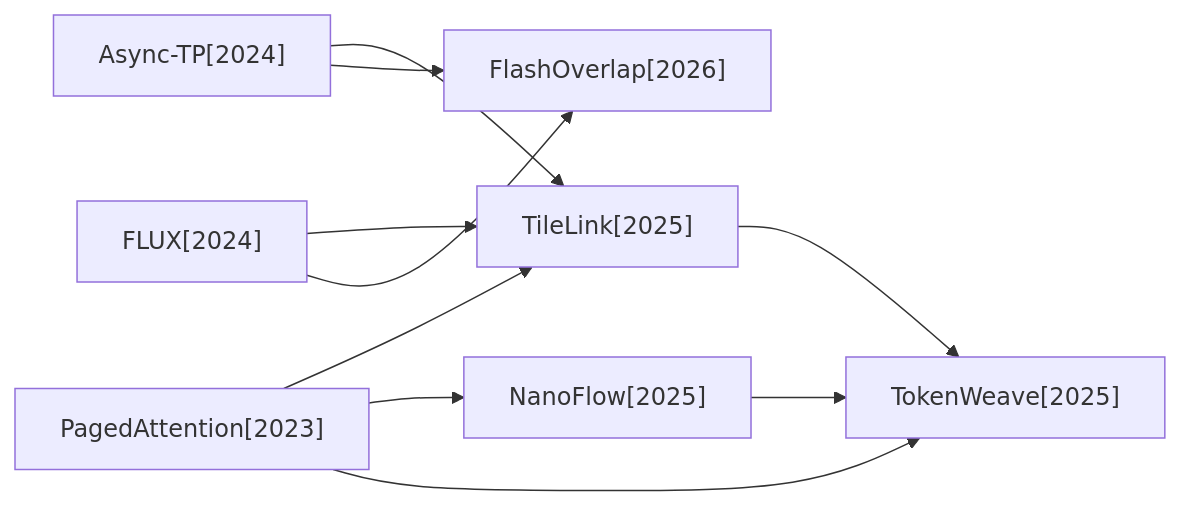
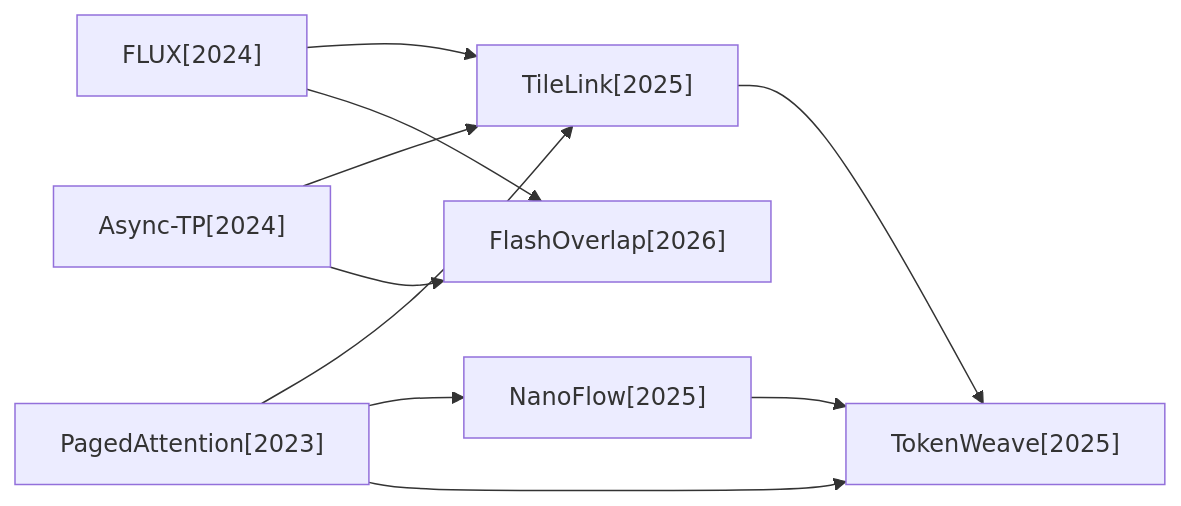
The first of 5 diagrams in docs/baseline_methods_graph.md (hustzxd/EfficientPaper), drawn with Mermaid before and after one commit. The commit also changed other lines of this file and 21 other files, not shown here.

````diff
--- a/docs/baseline_methods_graph.md
+++ b/docs/baseline_methods_graph.md
@@ -7,19 +7,19 @@
 ```mermaid
 flowchart LR
-    2026_FlashOverlap["FlashOverlap[2026]"]
-    2024_Async_TP["Async-TP[2024]"]
-    2025_NanoFlow["NanoFlow[2025]"]
     2025_TileLink["TileLink[2025]"]
     2023_PagedAttention["PagedAttention[2023]"]
     2024_FLUX["FLUX[2024]"]
     2025_TokenWeave["TokenWeave[2025]"]
-    2024_Async_TP --> 2025_TileLink
-    2024_Async_TP --> 2026_FlashOverlap
-    2025_NanoFlow --> 2025_TokenWeave
+    2026_FlashOverlap["FlashOverlap[2026]"]
+    2025_NanoFlow["NanoFlow[2025]"]
+    2024_Async_TP["Async-TP[2024]"]
     2025_TileLink --> 2025_TokenWeave
     2023_PagedAttention --> 2025_TileLink
     2023_PagedAttention --> 2025_NanoFlow
     2023_PagedAttention --> 2025_TokenWeave
     2024_FLUX --> 2025_TileLink
     2024_FLUX --> 2026_FlashOverlap
+    2025_NanoFlow --> 2025_TokenWeave
+    2024_Async_TP --> 2025_TileLink
+    2024_Async_TP --> 2026_FlashOverlap
 ```
````
